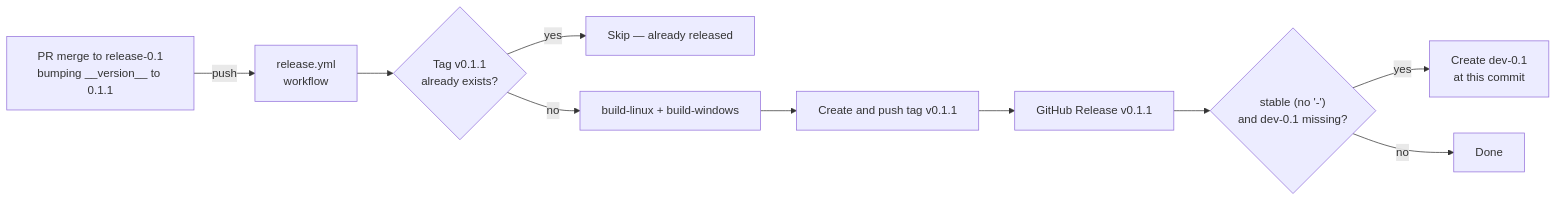
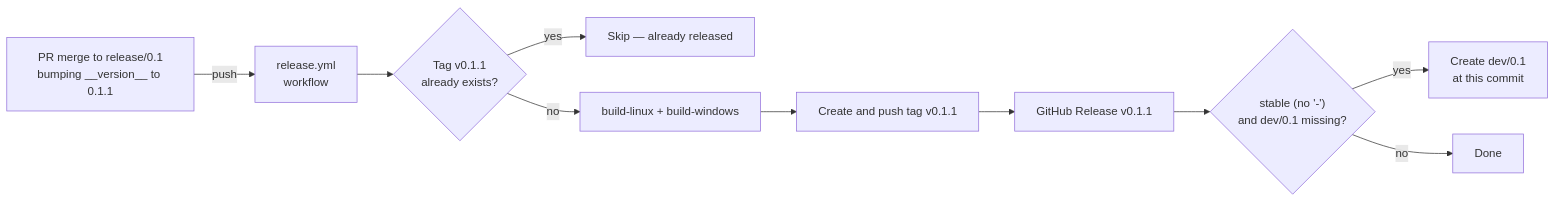
Before and after one commit to mtconnect/MTConnectExplorer: the third of 6 diagrams in contributing.md, drawn with Mermaid. The commit also changed other lines of this file and 18 other files, not shown here.

````diff
--- a/contributing.md
+++ b/contributing.md
@@ -83,12 +83,12 @@
 ```mermaid
 flowchart LR
-    A["PR merge to release-0.1<br/>bumping __version__ to 0.1.1"] -->|push| B["release.yml<br/>workflow"]
+    A["PR merge to release/0.1<br/>bumping __version__ to 0.1.1"] -->|push| B["release.yml<br/>workflow"]
     B --> C{"Tag v0.1.1<br/>already exists?"}
     C -->|yes| Skip["Skip — already released"]
     C -->|no| D["build-linux + build-windows"]
     D --> E["Create and push tag v0.1.1"]
     E --> F["GitHub Release v0.1.1"]
-    F --> G{"stable (no '-')<br/>and dev-0.1 missing?"}
-    G -->|yes| H["Create dev-0.1<br/>at this commit"]
+    F --> G{"stable (no '-')<br/>and dev/0.1 missing?"}
+    G -->|yes| H["Create dev/0.1<br/>at this commit"]
     G -->|no| Done["Done"]
 ```
````
